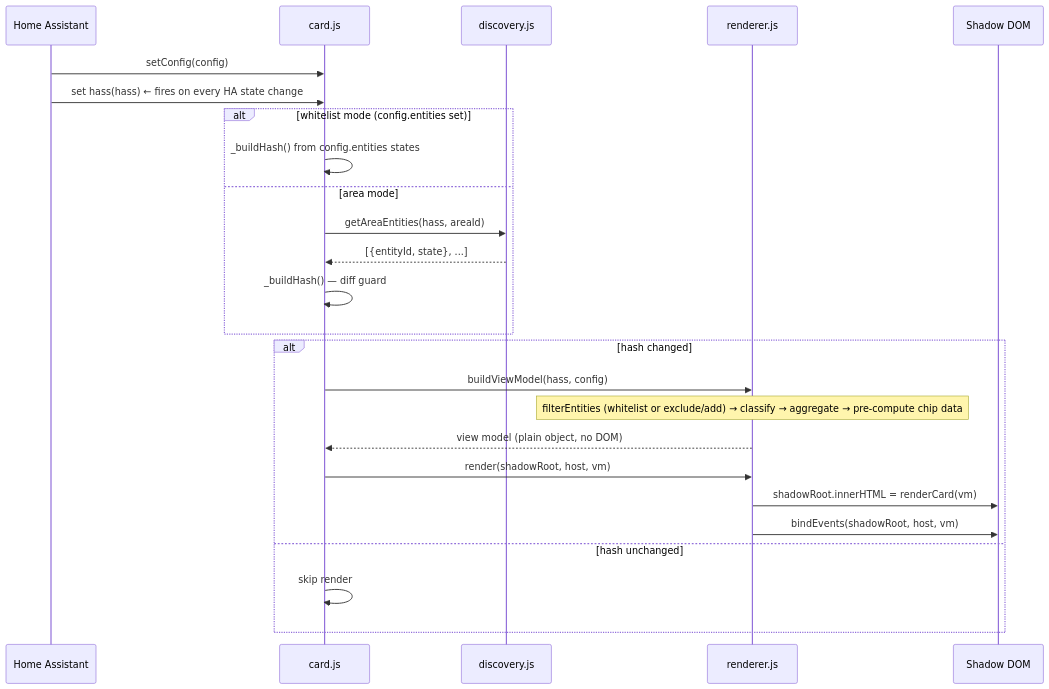
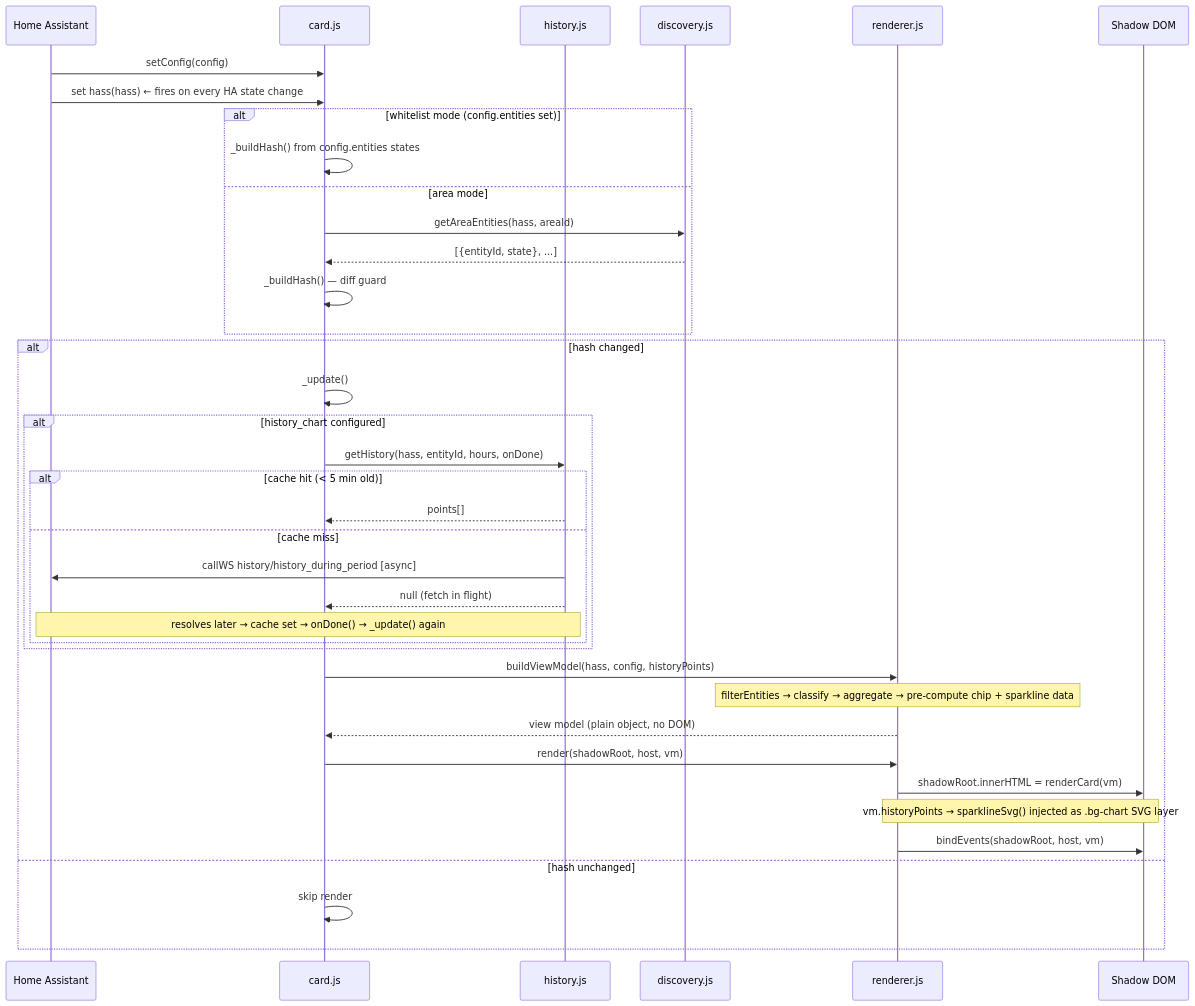
One commit to darknessnerd/hass-omnibus-card changed the second of 3 diagrams in DEVELOPMENT.md. Above: the diagram before and after it, drawn with Mermaid. The commit also changed other lines of this file and 10 other files, not shown here.

Commit message:
feat(card): add history chart background sparkline

````diff
--- a/DEVELOPMENT.md
+++ b/DEVELOPMENT.md
@@ -70,30 +74,45 @@
 ```mermaid
 sequenceDiagram
   participant HA as Home Assistant
   participant C  as card.js
+  participant H  as history.js
   participant D  as discovery.js
   participant R  as renderer.js
   participant DOM as Shadow DOM
 
   HA->>C: setConfig(config)
   HA->>C: set hass(hass)  ← fires on every HA state change
 
   alt whitelist mode (config.entities set)
     C->>C: _buildHash() from config.entities states
   else area mode
     C->>D: getAreaEntities(hass, areaId)
     D-->>C: [{entityId, state}, ...]
     C->>C: _buildHash() — diff guard
   end
 
   alt hash changed
-    C->>R: buildViewModel(hass, config)
-    note over R: filterEntities (whitelist or exclude/add) → classify → aggregate → pre-compute chip data
+    C->>C: _update()
+
+    alt history_chart configured
+      C->>H: getHistory(hass, entityId, hours, onDone)
+      alt cache hit (< 5 min old)
+        H-->>C: points[]
+      else cache miss
+        H->>HA: callWS history/history_during_period [async]
+        H-->>C: null  (fetch in flight)
+        note over HA,H: resolves later → cache set → onDone() → _update() again
+      end
+    end
+
+    C->>R: buildViewModel(hass, config, historyPoints)
+    note over R: filterEntities → classify → aggregate → pre-compute chip + sparkline data
     R-->>C: view model (plain object, no DOM)
     C->>R: render(shadowRoot, host, vm)
     R->>DOM: shadowRoot.innerHTML = renderCard(vm)
+    note over R,DOM: vm.historyPoints → sparklineSvg() injected as .bg-chart SVG layer
     R->>DOM: bindEvents(shadowRoot, host, vm)
   else hash unchanged
     C->>C: skip render
   end
 ```
````
